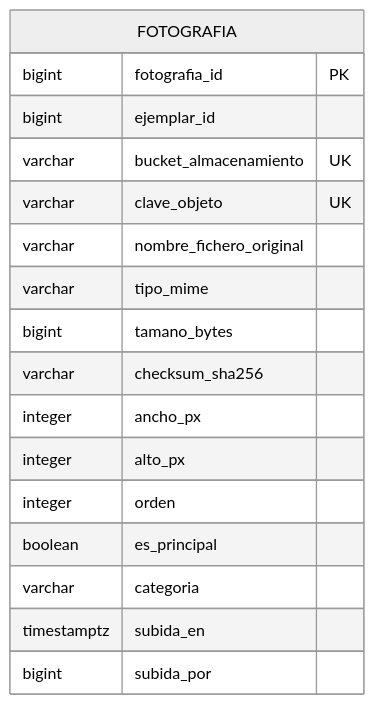
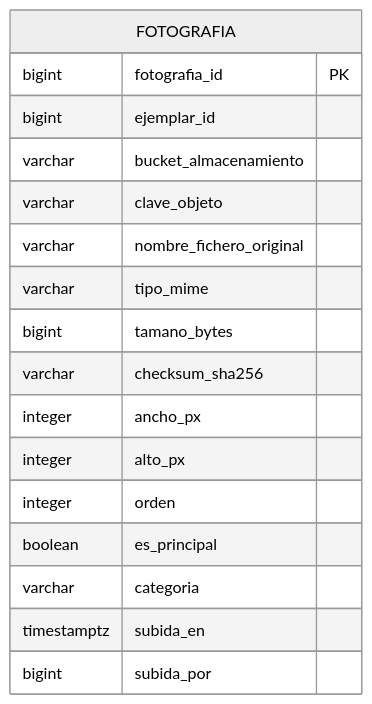
Diagram 17 of 19 in readme.md (ldefrutos1/AI4Devs-finalproject), drawn with Mermaid (neutral theme) before and after one commit. The commit also changed other lines of this file and 1 other file, not shown here.

````diff
--- a/readme.md
+++ b/readme.md
@@ -1221,21 +1222,21 @@
 ```mermaid
 erDiagram
     %% UK compuesta uq_fotografia_objeto (bucket_almacenamiento, clave_objeto)
     FOTOGRAFIA {
         bigint fotografia_id PK
         bigint ejemplar_id
-        varchar bucket_almacenamiento UK
-        varchar clave_objeto UK
+        varchar bucket_almacenamiento
+        varchar clave_objeto
         varchar nombre_fichero_original
         varchar tipo_mime
         bigint tamano_bytes
         varchar checksum_sha256
         integer ancho_px
         integer alto_px
         integer orden
         boolean es_principal
         varchar categoria
         timestamptz subida_en
         bigint subida_por
     }
 ```
````
